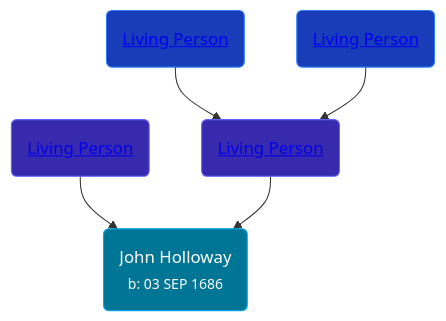
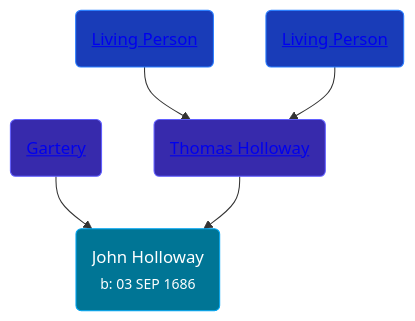
One commit to wpmgotkh/wpmgotkh.github.io changed the diagram in pages/people/9/96991309.md. Above: the diagram before and after it, drawn with Mermaid. The commit also changed other lines of this file and 586 other files, not shown here.

Commit message:
feat: better shouldConsiderPersonLiving algo

````diff
--- a/pages/people/9/96991309.md
+++ b/pages/people/9/96991309.md
@@ -10,11 +10,11 @@
 ```mermaid
 graph
 classDef grands fill:#193cb8,stroke:#2b7fff,stroke-width:1px,color:#fff;
 classDef parents fill:#372aac,stroke:#615fff,stroke-width:1px,color:#fff;
 classDef primary fill:#007595,stroke:#00a6f4,stroke-width:1px,color:#fff;
 96991309(John Holloway<br /><small>b: 03 SEP 1686</small>):::primary
-50554084(<a class="text-white" href="/people/5/50554084">Living Person</a>):::parents-->96991309
-99720622(<a class="text-white" href="/people/9/99720622">Living Person</a>):::parents-->96991309
+50554084(<a class="text-white" href="/people/5/50554084">Gartery</a>):::parents-->96991309
+99720622(<a class="text-white" href="/people/9/99720622">Thomas Holloway</a>):::parents-->96991309
 84497082(<a class="text-white" href="/people/8/84497082">Living Person</a>):::grands-->99720622
 41896379(<a class="text-white" href="/people/4/41896379">Living Person</a>):::grands-->99720622
 ```
````
